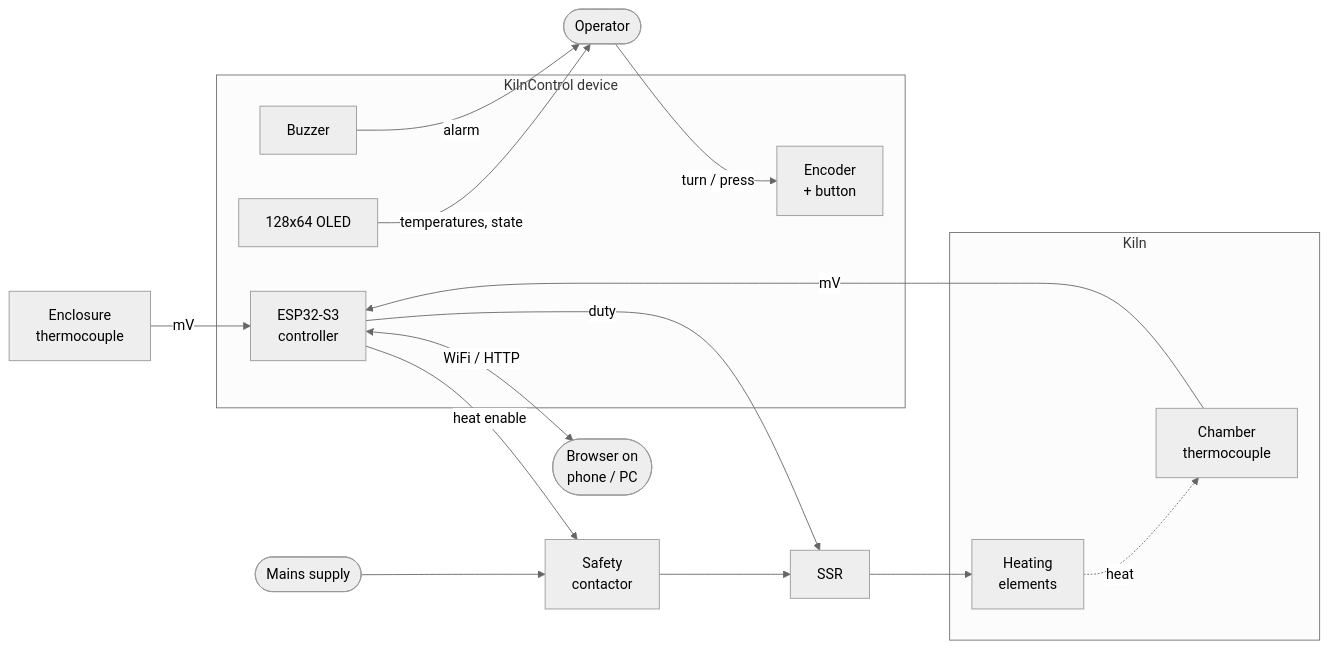
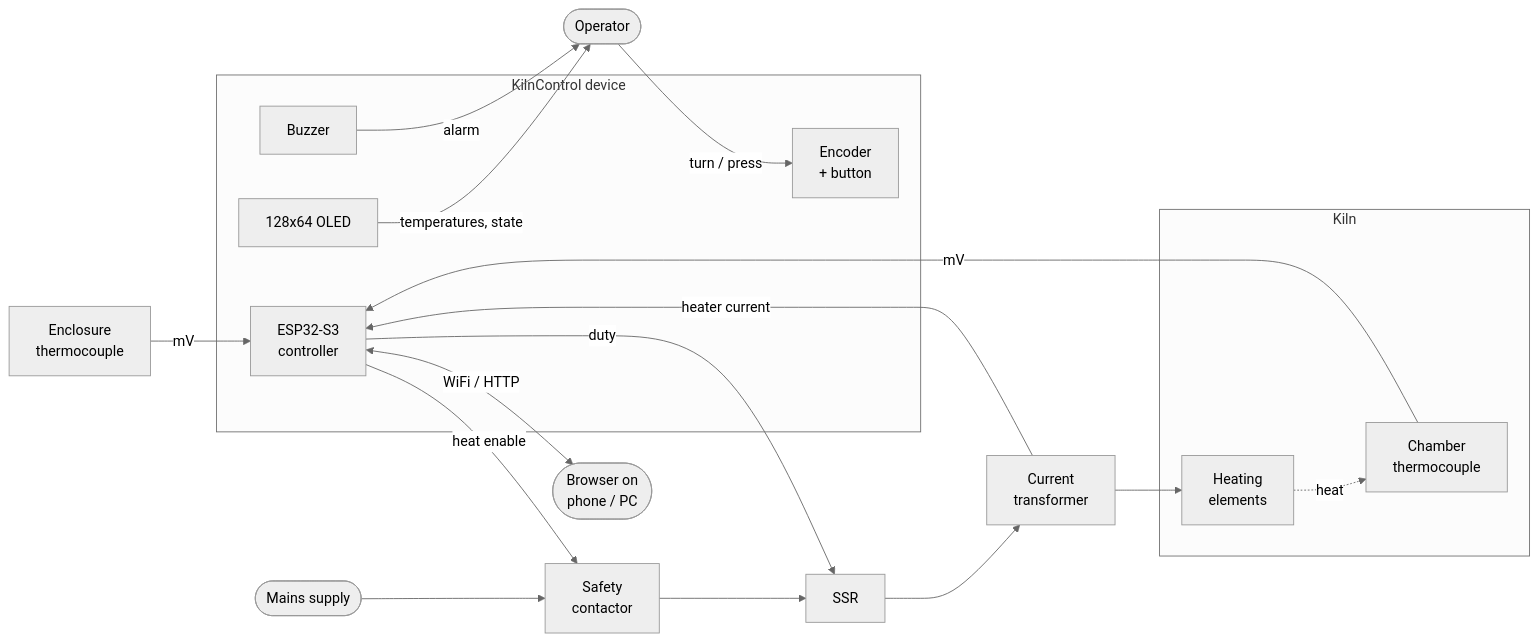
Before and after one commit to bitcrushtesting/SafeKilnController: the first of 2 diagrams in docs/requirements.md, drawn with Mermaid (neutral theme). The commit also changed other lines of this file and 40 other files, not shown here.

First line of the commit message:
Add schematic, housing, firmware core, and current-transformer requirements

````diff
--- a/docs/requirements.md
+++ b/docs/requirements.md
@@ -155,30 +163,32 @@
 ```mermaid
 flowchart LR
     OP(["Operator"])
     subgraph KC["KilnControl device"]
         MCU["ESP32-S3<br/>controller"]
         OLED["128x64 OLED"]
         ENC["Encoder<br/>+ button"]
         BUZ["Buzzer"]
     end
     subgraph KILN["Kiln"]
         TC1["Chamber<br/>thermocouple"]
         ELEM["Heating<br/>elements"]
     end
     SSR["SSR"]
     CONT["Safety<br/>contactor"]
+    CT["Current<br/>transformer"]
     TC2["Enclosure<br/>thermocouple"]
     BROWSER(["Browser on<br/>phone / PC"])
     MAINS(["Mains supply"])
 
     OP -->|turn / press| ENC
     OLED -->|temperatures, state| OP
     BUZ -->|alarm| OP
     TC1 -->|mV| MCU
     TC2 -->|mV| MCU
     MCU -->|duty| SSR
     MCU -->|heat enable| CONT
-    MAINS --> CONT --> SSR --> ELEM
+    MAINS --> CONT --> SSR --> CT --> ELEM
+    CT -->|heater current| MCU
     ELEM -.->|heat| TC1
     MCU <-->|WiFi / HTTP| BROWSER
 ```
````
